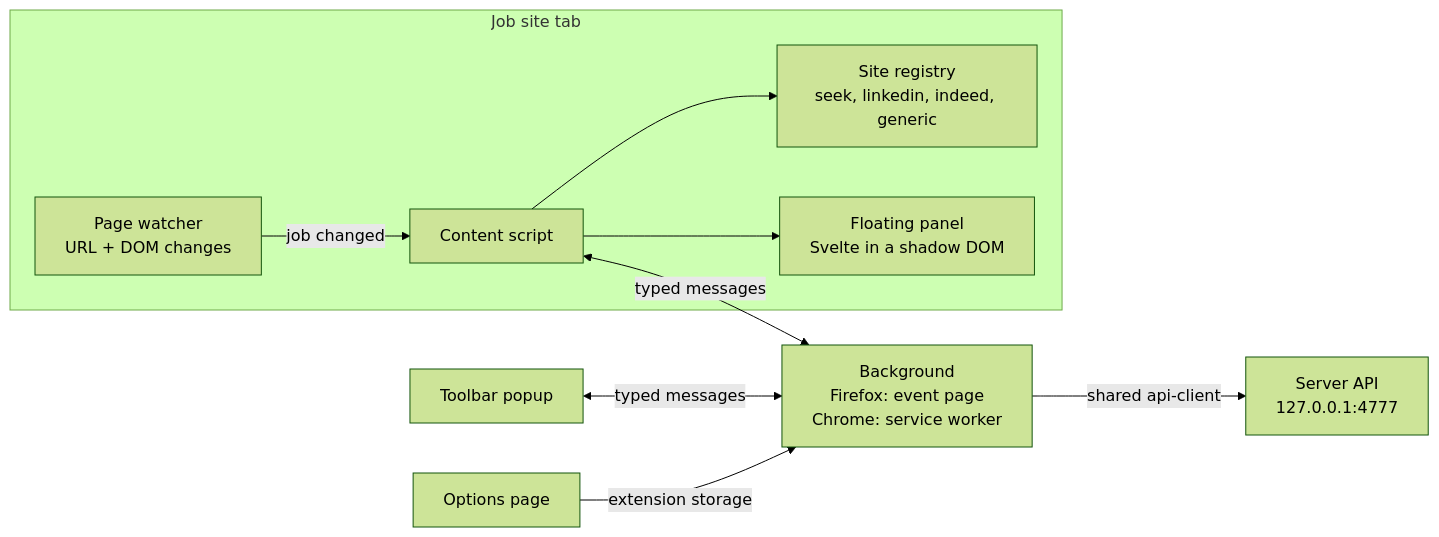
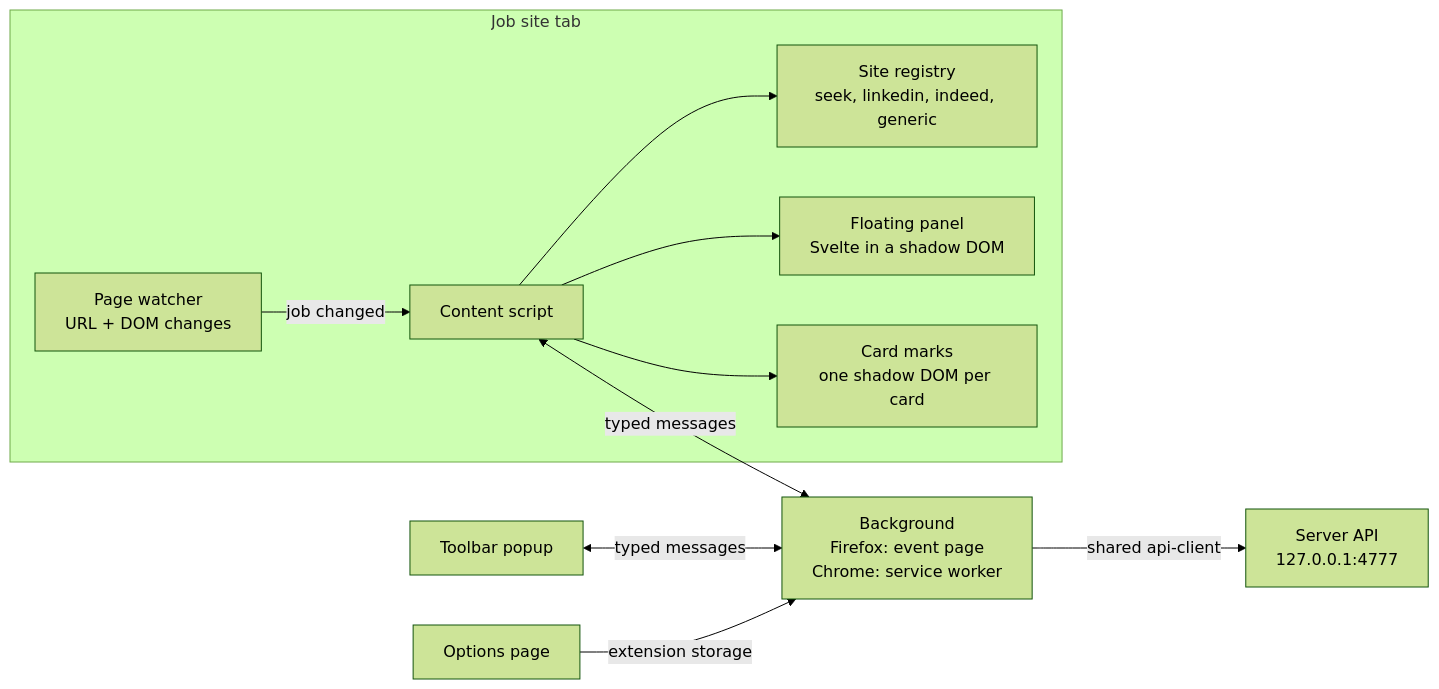
Diagram 12 of 12 in docs/architecture.md (aximili/job-registry), drawn with Mermaid (forest theme) before and after one commit. The commit also changed other lines of this file and 92 other files, not shown here.

````diff
--- a/docs/architecture.md
+++ b/docs/architecture.md
@@ -945,21 +1002,23 @@
 ```mermaid
 flowchart LR
   subgraph page["Job site tab"]
     cs["Content script"]
     reg["Site registry<br/>seek, linkedin, indeed, generic"]
     watch["Page watcher<br/>URL + DOM changes"]
     panel["Floating panel<br/>Svelte in a shadow DOM"]
+    marks["Card marks<br/>one shadow DOM per card"]
   end
   bg["Background<br/>Firefox: event page<br/>Chrome: service worker"]
   pop["Toolbar popup"]
   opt["Options page"]
   srv["Server API<br/>127.0.0.1:4777"]
 
   watch -->|job changed| cs
   cs --> reg
   cs --> panel
+  cs --> marks
   cs <-->|typed messages| bg
   pop <-->|typed messages| bg
   opt -->|extension storage| bg
   bg -->|shared api-client| srv
 ```
````
